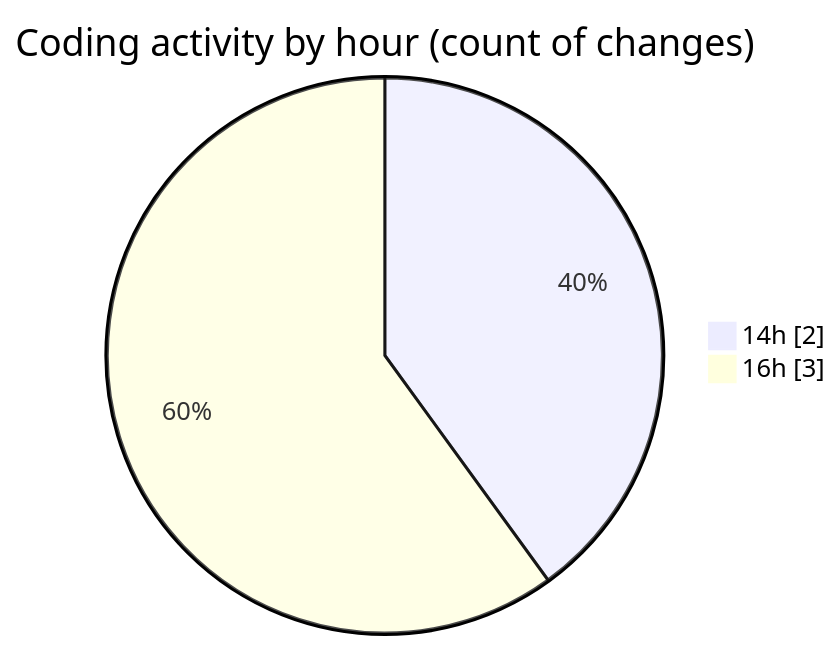
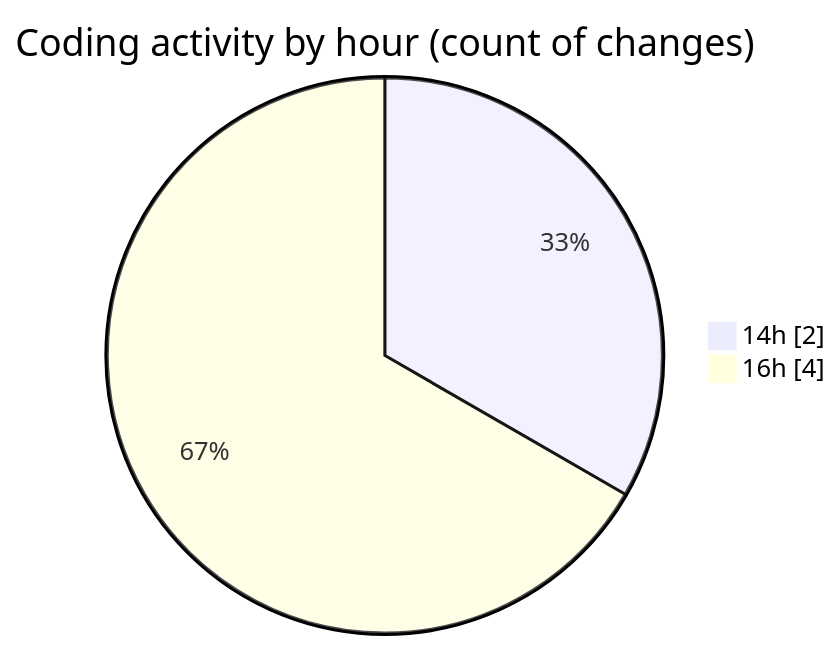
Before and after one commit to Ritupan-Deka/code-tracking: the second of 2 diagrams in 2025-06-18/scopesketch-app/README.md, drawn with Mermaid. The commit also changed other lines of this file and 1 other file, not shown here.

````diff
--- a/2025-06-18/scopesketch-app/README.md
+++ b/2025-06-18/scopesketch-app/README.md
@@ -34,6 +36,6 @@
 ```mermaid
 pie showData
 title Coding activity by hour (count of changes)
 "14h" : 2
-"16h" : 3
+"16h" : 4
 ```
````
